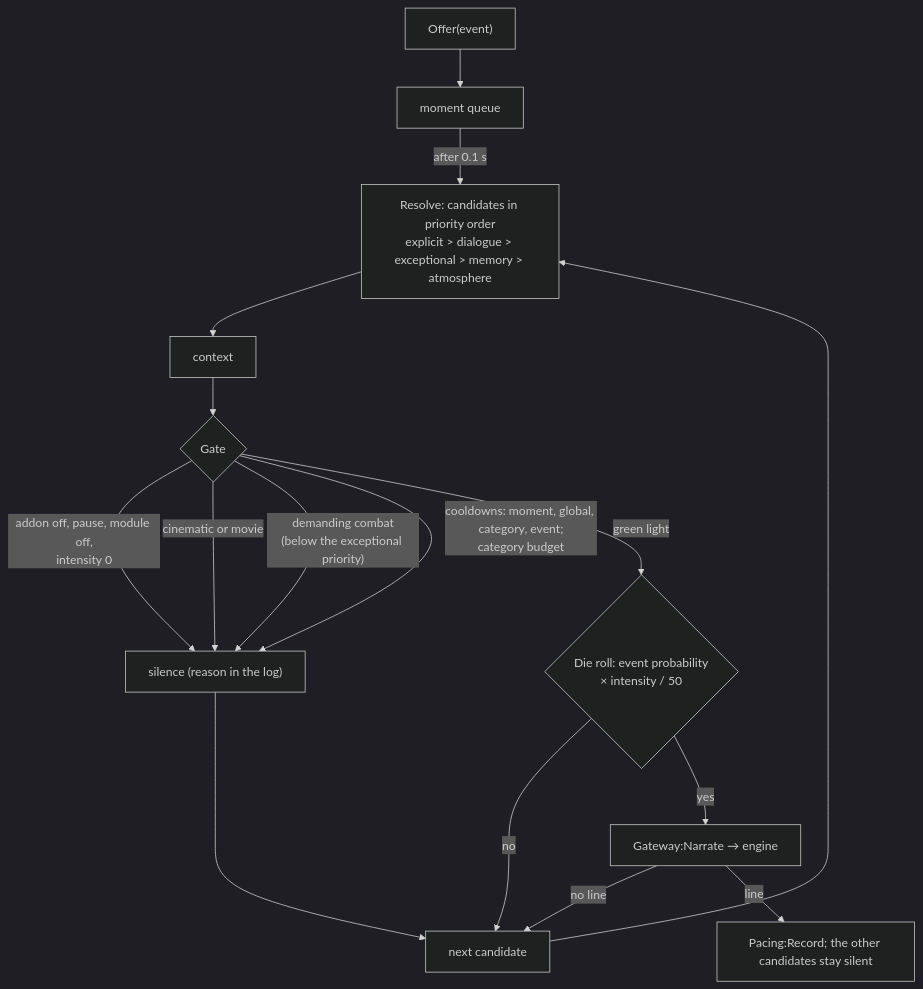
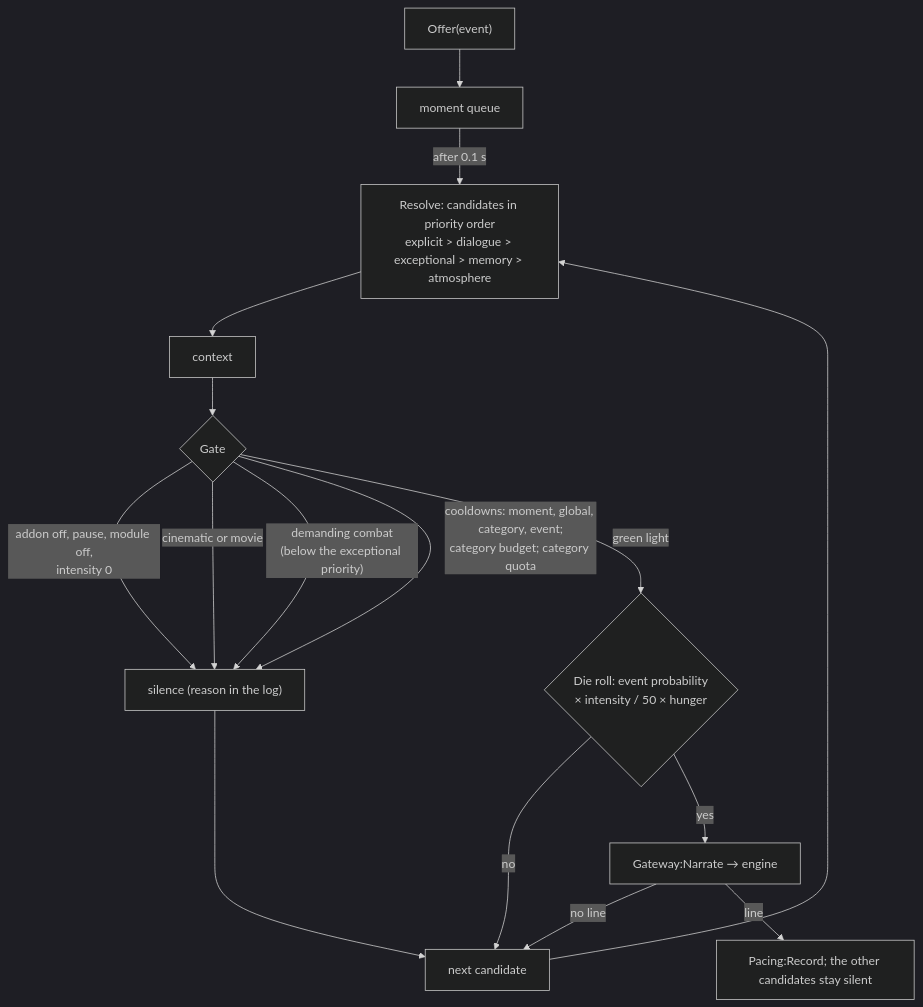
The fourth of 17 diagrams in docs/ARCHITECTURE.md (Finland6738/azeroth-unspoken), drawn with Mermaid (dark theme) before and after one commit. The commit also changed other lines of this file and 50 other files, not shown here.

First line of the commit message:
R3a: specificity tiers, themes and motifs, category quotas and hunger (#89, #90, #91) (#145)

````diff
--- a/docs/ARCHITECTURE.md
+++ b/docs/ARCHITECTURE.md
@@ -265,18 +265,18 @@
 ```mermaid
 flowchart TD
     O["Offer(event)"] --> Q["moment queue"]
     Q -- "after 0.1 s" --> R["Resolve: candidates in priority order<br/>explicit > dialogue > exceptional > memory > atmosphere"]
     R --> C["context"]
     C --> G{"Gate"}
     G -- "addon off, pause, module off,<br/>intensity 0" --> S["silence (reason in the log)"]
     G -- "cinematic or movie" --> S
     G -- "demanding combat<br/>(below the exceptional priority)" --> S
-    G -- "cooldowns: moment, global, category, event;<br/>category budget" --> S
-    G -- "green light" --> D{"Die roll: event probability<br/>× intensity / 50"}
+    G -- "cooldowns: moment, global, category, event;<br/>category budget; category quota" --> S
+    G -- "green light" --> D{"Die roll: event probability<br/>× intensity / 50 × hunger"}
     D -- no --> N["next candidate"]
     D -- yes --> P["Gateway:Narrate → engine"]
     P -- "no line" --> N
     P -- "line" --> REC["Pacing:Record; the other candidates stay silent"]
     S --> N
     N --> R
 ```
````
